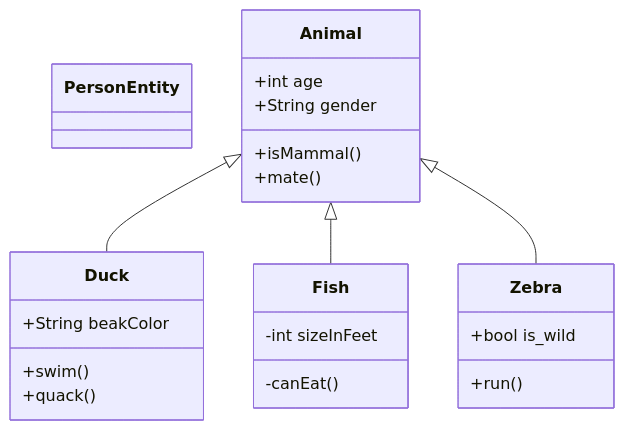
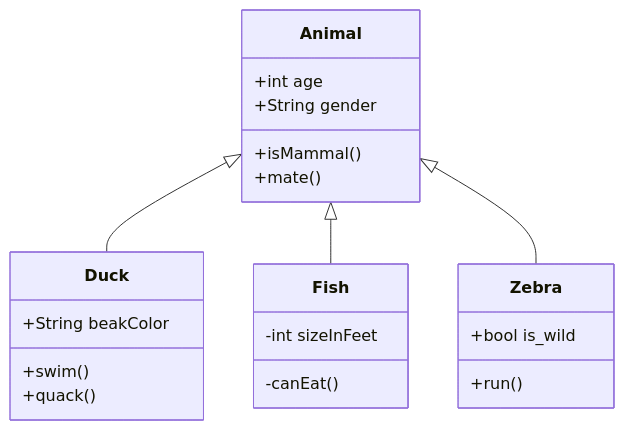
One commit to rubenscp/PersonProject changed the diagram in 2.Project/2.02-Project/2.02.01-Models/classDiagram.md. Above: the diagram before and after it, drawn with Mermaid. The commit also changed 1 other file, not shown here.

Commit message:
Atualiza diagrama de classe.

````diff
--- a/2.Project/2.02-Project/2.02.01-Models/classDiagram.md
+++ b/2.Project/2.02-Project/2.02.01-Models/classDiagram.md
@@ -1,25 +1,23 @@
 ```mermaid
 classDiagram
-    class PersonEntity
-    
-	Animal <|-- Duck
-	Animal <|-- Fish
-	Animal <|-- Zebra
-	Animal : +int age
-	Animal : +String gender
-	Animal: +isMammal()
-	Animal: +mate()
-	class Duck{
-		+String beakColor
-		+swim()
-		+quack()
-	}
-	class Fish{
-		-int sizeInFeet
-		-canEat()
-	}
-	class Zebra{
-		+bool is_wild
-		+run()
-	}
+  Animal <|-- Duck
+  Animal <|-- Fish
+  Animal <|-- Zebra
+  Animal : +int age
+  Animal : +String gender
+  Animal: +isMammal()
+  Animal: +mate()
+  class Duck{
+	  +String beakColor
+	  +swim()
+	  +quack()
+  }
+  class Fish{
+	  -int sizeInFeet
+	  -canEat()
+  }
+  class Zebra{
+	  +bool is_wild
+	  +run()
+  }
 ```
````
